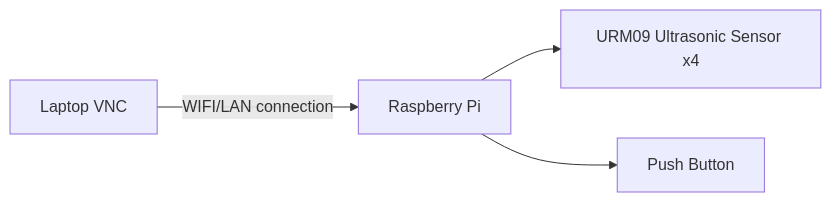
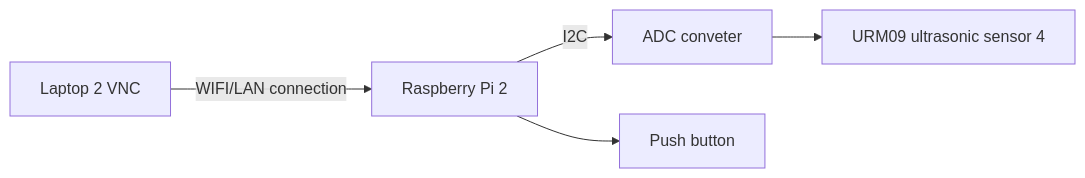
One commit to timsjt/EGL314_TEAMB changed the second of 2 diagrams in README.md. Above: the diagram before and after it, drawn with Mermaid. The commit also changed other lines of this file, not shown here.

First line of the commit message:
added second system diagram

````diff
--- a/README.md
+++ b/README.md
@@ -17,8 +29,9 @@
 ```mermaid
 graph LR
 
-A[Laptop VNC] --WIFI/LAN connection-->B[Raspberry Pi]-->C[URM09 Ultrasonic Sensor x4] 
-B --> D[Push Button]
+A[Laptop 2 VNC] --WIFI/LAN connection-->B[Raspberry Pi 2]--I2C-->C[ADC conveter]-->D[URM09 ultrasonic sensor 4]
+B-->E[Push button]
+
 
 
 ```
````
